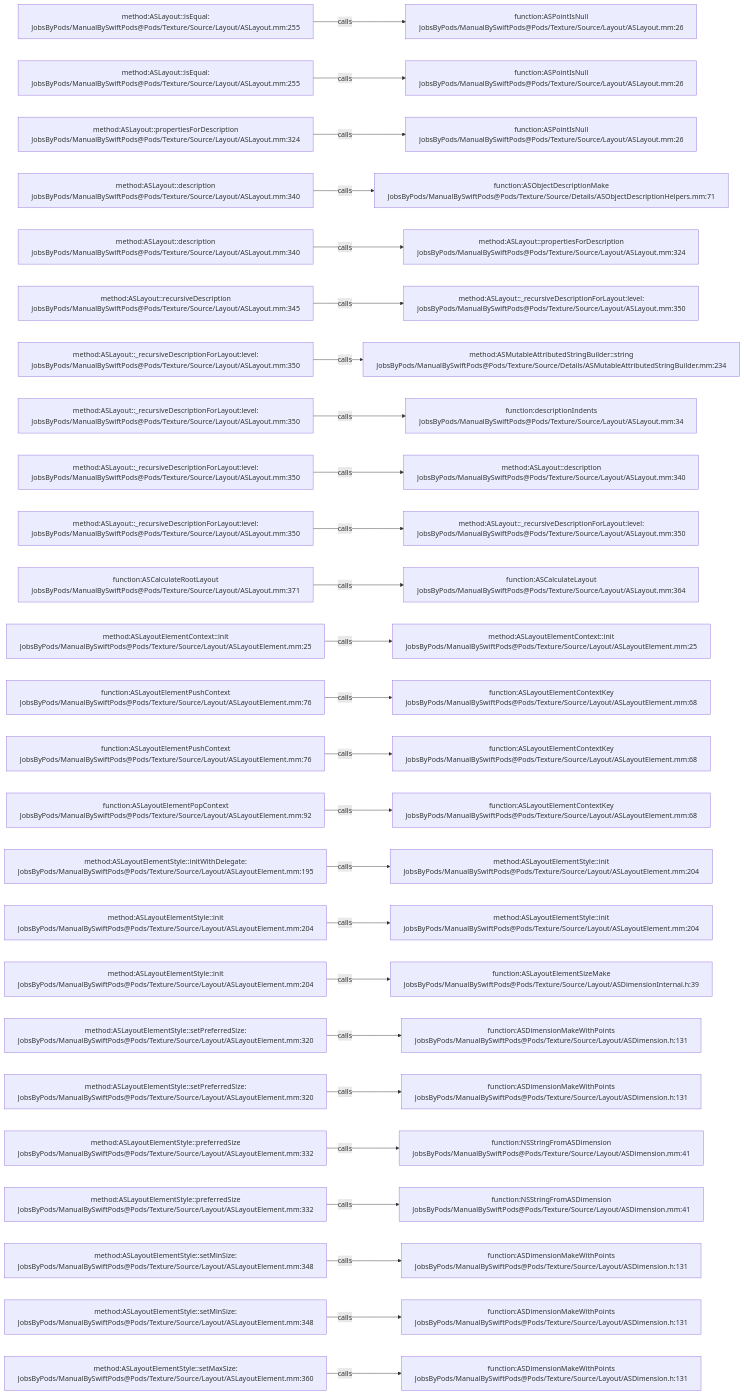
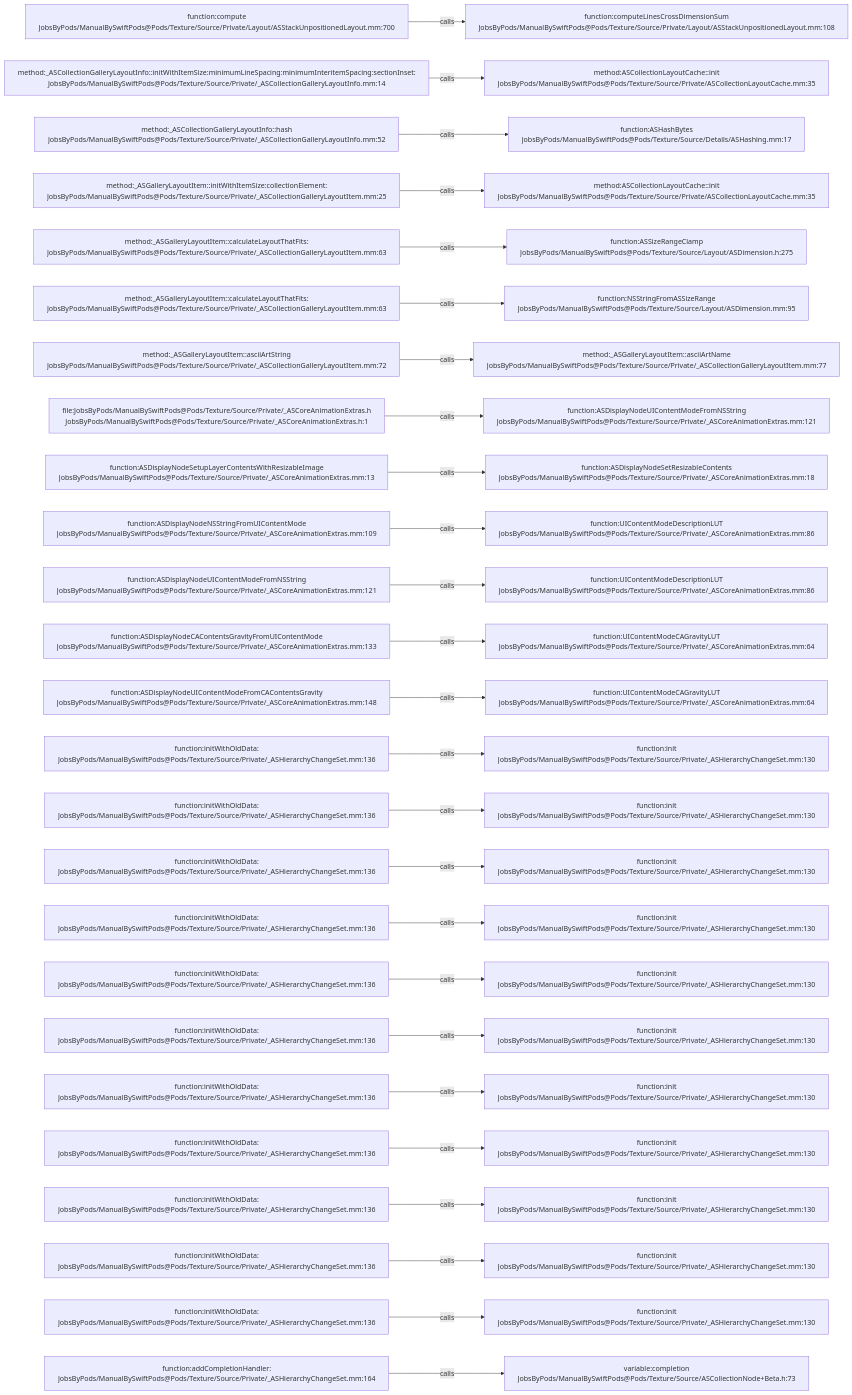
Before and after one commit to JobsKits/JobsSwiftBaseConfigDemo: the diagram in .codegraph/codegraph.md/graphs/calls-128.md, drawn with Mermaid. The commit also changed 832 other files, not shown here.

````diff
--- a/.codegraph/codegraph.md/graphs/calls-128.md
+++ b/.codegraph/codegraph.md/graphs/calls-128.md
@@ -13,78 +13,78 @@
 ```mermaid
 flowchart LR
-  S1["method:ASLayout::isEqual:<br/>JobsByPods/ManualBySwiftPods@Pods/Texture/Source/Layout/ASLayout.mm:255"]
-  T1["function:ASPointIsNull<br/>JobsByPods/ManualBySwiftPods@Pods/Texture/Source/Layout/ASLayout.mm:26"]
+  S1["function:compute<br/>JobsByPods/ManualBySwiftPods@Pods/Texture/Source/Private/Layout/ASStackUnpositionedLayout.mm:700"]
+  T1["function:computeLinesCrossDimensionSum<br/>JobsByPods/ManualBySwiftPods@Pods/Texture/Source/Private/Layout/ASStackUnpositionedLayout.mm:108"]
   S1 -->|calls| T1
-  S2["method:ASLayout::isEqual:<br/>JobsByPods/ManualBySwiftPods@Pods/Texture/Source/Layout/ASLayout.mm:255"]
-  T2["function:ASPointIsNull<br/>JobsByPods/ManualBySwiftPods@Pods/Texture/Source/Layout/ASLayout.mm:26"]
+  S2["method:_ASCollectionGalleryLayoutInfo::initWithItemSize:minimumLineSpacing:minimumInteritemSpacing:sectionInset:<br/>JobsByPods/ManualBySwiftPods@Pods/Texture/Source/Private/_ASCollectionGalleryLayoutInfo.mm:14"]
+  T2["method:ASCollectionLayoutCache::init<br/>JobsByPods/ManualBySwiftPods@Pods/Texture/Source/Private/ASCollectionLayoutCache.mm:35"]
   S2 -->|calls| T2
-  S3["method:ASLayout::propertiesForDescription<br/>JobsByPods/ManualBySwiftPods@Pods/Texture/Source/Layout/ASLayout.mm:324"]
-  T3["function:ASPointIsNull<br/>JobsByPods/ManualBySwiftPods@Pods/Texture/Source/Layout/ASLayout.mm:26"]
+  S3["method:_ASCollectionGalleryLayoutInfo::hash<br/>JobsByPods/ManualBySwiftPods@Pods/Texture/Source/Private/_ASCollectionGalleryLayoutInfo.mm:52"]
+  T3["function:ASHashBytes<br/>JobsByPods/ManualBySwiftPods@Pods/Texture/Source/Details/ASHashing.mm:17"]
   S3 -->|calls| T3
-  S4["method:ASLayout::description<br/>JobsByPods/ManualBySwiftPods@Pods/Texture/Source/Layout/ASLayout.mm:340"]
-  T4["function:ASObjectDescriptionMake<br/>JobsByPods/ManualBySwiftPods@Pods/Texture/Source/Details/ASObjectDescriptionHelpers.mm:71"]
+  S4["method:_ASGalleryLayoutItem::initWithItemSize:collectionElement:<br/>JobsByPods/ManualBySwiftPods@Pods/Texture/Source/Private/_ASCollectionGalleryLayoutItem.mm:25"]
+  T4["method:ASCollectionLayoutCache::init<br/>JobsByPods/ManualBySwiftPods@Pods/Texture/Source/Private/ASCollectionLayoutCache.mm:35"]
   S4 -->|calls| T4
-  S5["method:ASLayout::description<br/>JobsByPods/ManualBySwiftPods@Pods/Texture/Source/Layout/ASLayout.mm:340"]
-  T5["method:ASLayout::propertiesForDescription<br/>JobsByPods/ManualBySwiftPods@Pods/Texture/Source/Layout/ASLayout.mm:324"]
+  S5["method:_ASGalleryLayoutItem::calculateLayoutThatFits:<br/>JobsByPods/ManualBySwiftPods@Pods/Texture/Source/Private/_ASCollectionGalleryLayoutItem.mm:63"]
+  T5["function:ASSizeRangeClamp<br/>JobsByPods/ManualBySwiftPods@Pods/Texture/Source/Layout/ASDimension.h:275"]
   S5 -->|calls| T5
-  S6["method:ASLayout::recursiveDescription<br/>JobsByPods/ManualBySwiftPods@Pods/Texture/Source/Layout/ASLayout.mm:345"]
-  T6["method:ASLayout::_recursiveDescriptionForLayout:level:<br/>JobsByPods/ManualBySwiftPods@Pods/Texture/Source/Layout/ASLayout.mm:350"]
+  S6["method:_ASGalleryLayoutItem::calculateLayoutThatFits:<br/>JobsByPods/ManualBySwiftPods@Pods/Texture/Source/Private/_ASCollectionGalleryLayoutItem.mm:63"]
+  T6["function:NSStringFromASSizeRange<br/>JobsByPods/ManualBySwiftPods@Pods/Texture/Source/Layout/ASDimension.mm:95"]
   S6 -->|calls| T6
-  S7["method:ASLayout::_recursiveDescriptionForLayout:level:<br/>JobsByPods/ManualBySwiftPods@Pods/Texture/Source/Layout/ASLayout.mm:350"]
-  T7["method:ASMutableAttributedStringBuilder::string<br/>JobsByPods/ManualBySwiftPods@Pods/Texture/Source/Details/ASMutableAttributedStringBuilder.mm:234"]
+  S7["method:_ASGalleryLayoutItem::asciiArtString<br/>JobsByPods/ManualBySwiftPods@Pods/Texture/Source/Private/_ASCollectionGalleryLayoutItem.mm:72"]
+  T7["method:_ASGalleryLayoutItem::asciiArtName<br/>JobsByPods/ManualBySwiftPods@Pods/Texture/Source/Private/_ASCollectionGalleryLayoutItem.mm:77"]
   S7 -->|calls| T7
-  S8["method:ASLayout::_recursiveDescriptionForLayout:level:<br/>JobsByPods/ManualBySwiftPods@Pods/Texture/Source/Layout/ASLayout.mm:350"]
-  T8["function:descriptionIndents<br/>JobsByPods/ManualBySwiftPods@Pods/Texture/Source/Layout/ASLayout.mm:34"]
+  S8["file:JobsByPods/ManualBySwiftPods@Pods/Texture/Source/Private/_ASCoreAnimationExtras.h<br/>JobsByPods/ManualBySwiftPods@Pods/Texture/Source/Private/_ASCoreAnimationExtras.h:1"]
+  T8["function:ASDisplayNodeUIContentModeFromNSString<br/>JobsByPods/ManualBySwiftPods@Pods/Texture/Source/Private/_ASCoreAnimationExtras.mm:121"]
   S8 -->|calls| T8
-  S9["method:ASLayout::_recursiveDescriptionForLayout:level:<br/>JobsByPods/ManualBySwiftPods@Pods/Texture/Source/Layout/ASLayout.mm:350"]
-  T9["method:ASLayout::description<br/>JobsByPods/ManualBySwiftPods@Pods/Texture/Source/Layout/ASLayout.mm:340"]
+  S9["function:ASDisplayNodeSetupLayerContentsWithResizableImage<br/>JobsByPods/ManualBySwiftPods@Pods/Texture/Source/Private/_ASCoreAnimationExtras.mm:13"]
+  T9["function:ASDisplayNodeSetResizableContents<br/>JobsByPods/ManualBySwiftPods@Pods/Texture/Source/Private/_ASCoreAnimationExtras.mm:18"]
   S9 -->|calls| T9
-  S10["method:ASLayout::_recursiveDescriptionForLayout:level:<br/>JobsByPods/ManualBySwiftPods@Pods/Texture/Source/Layout/ASLayout.mm:350"]
-  T10["method:ASLayout::_recursiveDescriptionForLayout:level:<br/>JobsByPods/ManualBySwiftPods@Pods/Texture/Source/Layout/ASLayout.mm:350"]
+  S10["function:ASDisplayNodeNSStringFromUIContentMode<br/>JobsByPods/ManualBySwiftPods@Pods/Texture/Source/Private/_ASCoreAnimationExtras.mm:109"]
+  T10["function:UIContentModeDescriptionLUT<br/>JobsByPods/ManualBySwiftPods@Pods/Texture/Source/Private/_ASCoreAnimationExtras.mm:86"]
   S10 -->|calls| T10
-  S11["function:ASCalculateRootLayout<br/>JobsByPods/ManualBySwiftPods@Pods/Texture/Source/Layout/ASLayout.mm:371"]
-  T11["function:ASCalculateLayout<br/>JobsByPods/ManualBySwiftPods@Pods/Texture/Source/Layout/ASLayout.mm:364"]
+  S11["function:ASDisplayNodeUIContentModeFromNSString<br/>JobsByPods/ManualBySwiftPods@Pods/Texture/Source/Private/_ASCoreAnimationExtras.mm:121"]
+  T11["function:UIContentModeDescriptionLUT<br/>JobsByPods/ManualBySwiftPods@Pods/Texture/Source/Private/_ASCoreAnimationExtras.mm:86"]
   S11 -->|calls| T11
-  S12["method:ASLayoutElementContext::init<br/>JobsByPods/ManualBySwiftPods@Pods/Texture/Source/Layout/ASLayoutElement.mm:25"]
-  T12["method:ASLayoutElementContext::init<br/>JobsByPods/ManualBySwiftPods@Pods/Texture/Source/Layout/ASLayoutElement.mm:25"]
+  S12["function:ASDisplayNodeCAContentsGravityFromUIContentMode<br/>JobsByPods/ManualBySwiftPods@Pods/Texture/Source/Private/_ASCoreAnimationExtras.mm:133"]
+  T12["function:UIContentModeCAGravityLUT<br/>JobsByPods/ManualBySwiftPods@Pods/Texture/Source/Private/_ASCoreAnimationExtras.mm:64"]
   S12 -->|calls| T12
-  S13["function:ASLayoutElementPushContext<br/>JobsByPods/ManualBySwiftPods@Pods/Texture/Source/Layout/ASLayoutElement.mm:76"]
-  T13["function:ASLayoutElementContextKey<br/>JobsByPods/ManualBySwiftPods@Pods/Texture/Source/Layout/ASLayoutElement.mm:68"]
+  S13["function:ASDisplayNodeUIContentModeFromCAContentsGravity<br/>JobsByPods/ManualBySwiftPods@Pods/Texture/Source/Private/_ASCoreAnimationExtras.mm:148"]
+  T13["function:UIContentModeCAGravityLUT<br/>JobsByPods/ManualBySwiftPods@Pods/Texture/Source/Private/_ASCoreAnimationExtras.mm:64"]
   S13 -->|calls| T13
-  S14["function:ASLayoutElementPushContext<br/>JobsByPods/ManualBySwiftPods@Pods/Texture/Source/Layout/ASLayoutElement.mm:76"]
-  T14["function:ASLayoutElementContextKey<br/>JobsByPods/ManualBySwiftPods@Pods/Texture/Source/Layout/ASLayoutElement.mm:68"]
+  S14["function:initWithOldData:<br/>JobsByPods/ManualBySwiftPods@Pods/Texture/Source/Private/_ASHierarchyChangeSet.mm:136"]
+  T14["function:init<br/>JobsByPods/ManualBySwiftPods@Pods/Texture/Source/Private/_ASHierarchyChangeSet.mm:130"]
   S14 -->|calls| T14
-  S15["function:ASLayoutElementPopContext<br/>JobsByPods/ManualBySwiftPods@Pods/Texture/Source/Layout/ASLayoutElement.mm:92"]
-  T15["function:ASLayoutElementContextKey<br/>JobsByPods/ManualBySwiftPods@Pods/Texture/Source/Layout/ASLayoutElement.mm:68"]
+  S15["function:initWithOldData:<br/>JobsByPods/ManualBySwiftPods@Pods/Texture/Source/Private/_ASHierarchyChangeSet.mm:136"]
+  T15["function:init<br/>JobsByPods/ManualBySwiftPods@Pods/Texture/Source/Private/_ASHierarchyChangeSet.mm:130"]
   S15 -->|calls| T15
-  S16["method:ASLayoutElementStyle::initWithDelegate:<br/>JobsByPods/ManualBySwiftPods@Pods/Texture/Source/Layout/ASLayoutElement.mm:195"]
-  T16["method:ASLayoutElementStyle::init<br/>JobsByPods/ManualBySwiftPods@Pods/Texture/Source/Layout/ASLayoutElement.mm:204"]
+  S16["function:initWithOldData:<br/>JobsByPods/ManualBySwiftPods@Pods/Texture/Source/Private/_ASHierarchyChangeSet.mm:136"]
+  T16["function:init<br/>JobsByPods/ManualBySwiftPods@Pods/Texture/Source/Private/_ASHierarchyChangeSet.mm:130"]
   S16 -->|calls| T16
-  S17["method:ASLayoutElementStyle::init<br/>JobsByPods/ManualBySwiftPods@Pods/Texture/Source/Layout/ASLayoutElement.mm:204"]
-  T17["method:ASLayoutElementStyle::init<br/>JobsByPods/ManualBySwiftPods@Pods/Texture/Source/Layout/ASLayoutElement.mm:204"]
+  S17["function:initWithOldData:<br/>JobsByPods/ManualBySwiftPods@Pods/Texture/Source/Private/_ASHierarchyChangeSet.mm:136"]
+  T17["function:init<br/>JobsByPods/ManualBySwiftPods@Pods/Texture/Source/Private/_ASHierarchyChangeSet.mm:130"]
   S17 -->|calls| T17
-  S18["method:ASLayoutElementStyle::init<br/>JobsByPods/ManualBySwiftPods@Pods/Texture/Source/Layout/ASLayoutElement.mm:204"]
-  T18["function:ASLayoutElementSizeMake<br/>JobsByPods/ManualBySwiftPods@Pods/Texture/Source/Layout/ASDimensionInternal.h:39"]
+  S18["function:initWithOldData:<br/>JobsByPods/ManualBySwiftPods@Pods/Texture/Source/Private/_ASHierarchyChangeSet.mm:136"]
+  T18["function:init<br/>JobsByPods/ManualBySwiftPods@Pods/Texture/Source/Private/_ASHierarchyChangeSet.mm:130"]
   S18 -->|calls| T18
-  S19["method:ASLayoutElementStyle::setPreferredSize:<br/>JobsByPods/ManualBySwiftPods@Pods/Texture/Source/Layout/ASLayoutElement.mm:320"]
-  T19["function:ASDimensionMakeWithPoints<br/>JobsByPods/ManualBySwiftPods@Pods/Texture/Source/Layout/ASDimension.h:131"]
+  S19["function:initWithOldData:<br/>JobsByPods/ManualBySwiftPods@Pods/Texture/Source/Private/_ASHierarchyChangeSet.mm:136"]
+  T19["function:init<br/>JobsByPods/ManualBySwiftPods@Pods/Texture/Source/Private/_ASHierarchyChangeSet.mm:130"]
   S19 -->|calls| T19
-  S20["method:ASLayoutElementStyle::setPreferredSize:<br/>JobsByPods/ManualBySwiftPods@Pods/Texture/Source/Layout/ASLayoutElement.mm:320"]
-  T20["function:ASDimensionMakeWithPoints<br/>JobsByPods/ManualBySwiftPods@Pods/Texture/Source/Layout/ASDimension.h:131"]
+  S20["function:initWithOldData:<br/>JobsByPods/ManualBySwiftPods@Pods/Texture/Source/Private/_ASHierarchyChangeSet.mm:136"]
+  T20["function:init<br/>JobsByPods/ManualBySwiftPods@Pods/Texture/Source/Private/_ASHierarchyChangeSet.mm:130"]
   S20 -->|calls| T20
-  S21["method:ASLayoutElementStyle::preferredSize<br/>JobsByPods/ManualBySwiftPods@Pods/Texture/Source/Layout/ASLayoutElement.mm:332"]
-  T21["function:NSStringFromASDimension<br/>JobsByPods/ManualBySwiftPods@Pods/Texture/Source/Layout/ASDimension.mm:41"]
+  S21["function:initWithOldData:<br/>JobsByPods/ManualBySwiftPods@Pods/Texture/Source/Private/_ASHierarchyChangeSet.mm:136"]
+  T21["function:init<br/>JobsByPods/ManualBySwiftPods@Pods/Texture/Source/Private/_ASHierarchyChangeSet.mm:130"]
   S21 -->|calls| T21
-  S22["method:ASLayoutElementStyle::preferredSize<br/>JobsByPods/ManualBySwiftPods@Pods/Texture/Source/Layout/ASLayoutElement.mm:332"]
-  T22["function:NSStringFromASDimension<br/>JobsByPods/ManualBySwiftPods@Pods/Texture/Source/Layout/ASDimension.mm:41"]
+  S22["function:initWithOldData:<br/>JobsByPods/ManualBySwiftPods@Pods/Texture/Source/Private/_ASHierarchyChangeSet.mm:136"]
+  T22["function:init<br/>JobsByPods/ManualBySwiftPods@Pods/Texture/Source/Private/_ASHierarchyChangeSet.mm:130"]
   S22 -->|calls| T22
-  S23["method:ASLayoutElementStyle::setMinSize:<br/>JobsByPods/ManualBySwiftPods@Pods/Texture/Source/Layout/ASLayoutElement.mm:348"]
-  T23["function:ASDimensionMakeWithPoints<br/>JobsByPods/ManualBySwiftPods@Pods/Texture/Source/Layout/ASDimension.h:131"]
+  S23["function:initWithOldData:<br/>JobsByPods/ManualBySwiftPods@Pods/Texture/Source/Private/_ASHierarchyChangeSet.mm:136"]
+  T23["function:init<br/>JobsByPods/ManualBySwiftPods@Pods/Texture/Source/Private/_ASHierarchyChangeSet.mm:130"]
   S23 -->|calls| T23
-  S24["method:ASLayoutElementStyle::setMinSize:<br/>JobsByPods/ManualBySwiftPods@Pods/Texture/Source/Layout/ASLayoutElement.mm:348"]
-  T24["function:ASDimensionMakeWithPoints<br/>JobsByPods/ManualBySwiftPods@Pods/Texture/Source/Layout/ASDimension.h:131"]
+  S24["function:initWithOldData:<br/>JobsByPods/ManualBySwiftPods@Pods/Texture/Source/Private/_ASHierarchyChangeSet.mm:136"]
+  T24["function:init<br/>JobsByPods/ManualBySwiftPods@Pods/Texture/Source/Private/_ASHierarchyChangeSet.mm:130"]
   S24 -->|calls| T24
-  S25["method:ASLayoutElementStyle::setMaxSize:<br/>JobsByPods/ManualBySwiftPods@Pods/Texture/Source/Layout/ASLayoutElement.mm:360"]
-  T25["function:ASDimensionMakeWithPoints<br/>JobsByPods/ManualBySwiftPods@Pods/Texture/Source/Layout/ASDimension.h:131"]
+  S25["function:addCompletionHandler:<br/>JobsByPods/ManualBySwiftPods@Pods/Texture/Source/Private/_ASHierarchyChangeSet.mm:164"]
+  T25["variable:completion<br/>JobsByPods/ManualBySwiftPods@Pods/Texture/Source/ASCollectionNode+Beta.h:73"]
   S25 -->|calls| T25
 ```
````
